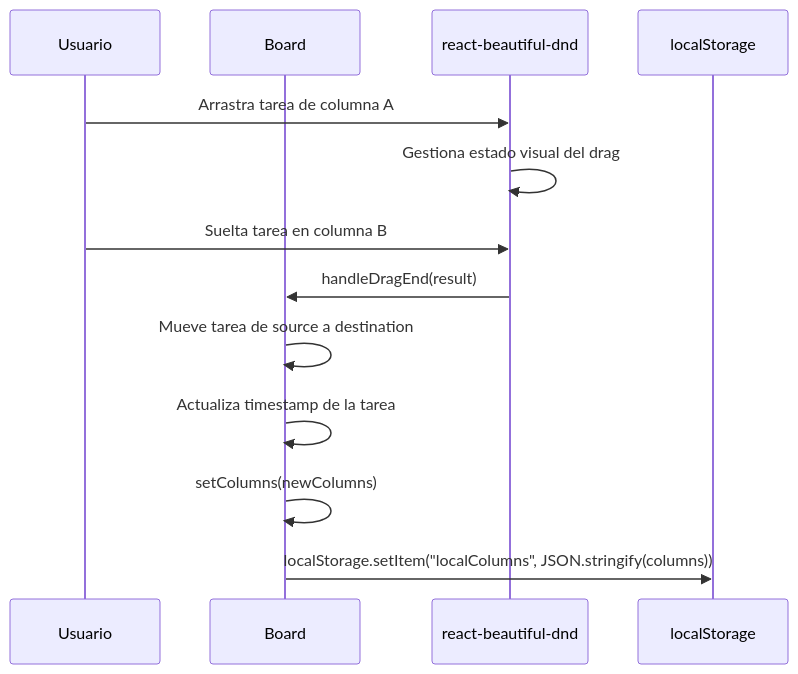
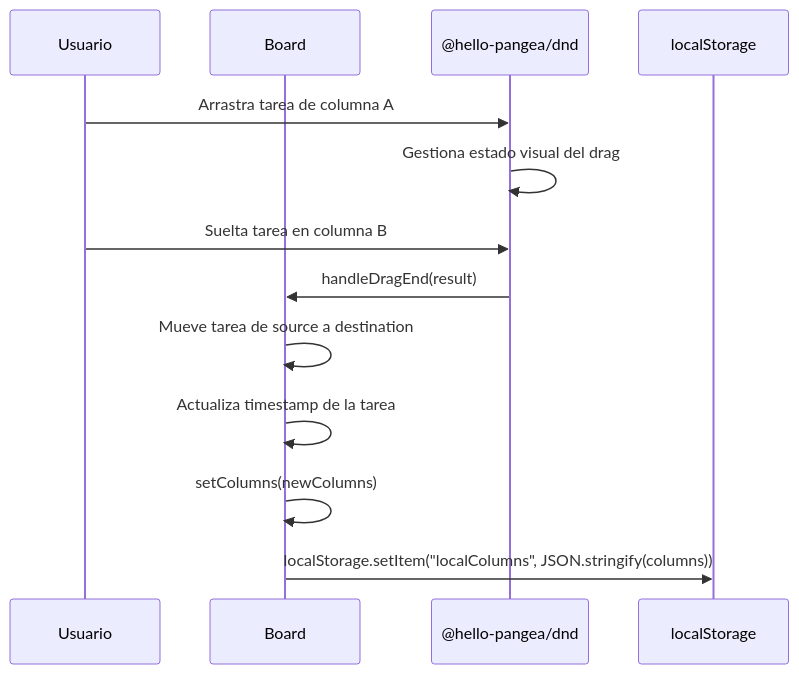
Before and after one commit to jrodrigopuca/KanbanBoard: the second of 3 diagrams in docs/architecture.md, drawn with Mermaid. The commit also changed other lines of this file and 25 other files, not shown here.

````diff
--- a/docs/architecture.md
+++ b/docs/architecture.md
@@ -65,16 +67,16 @@
 ```mermaid
 sequenceDiagram
     participant U as Usuario
     participant B as Board
-    participant DND as react-beautiful-dnd
+    participant DND as @hello-pangea/dnd
     participant LS as localStorage
 
     U->>DND: Arrastra tarea de columna A
     DND->>DND: Gestiona estado visual del drag
     U->>DND: Suelta tarea en columna B
     DND->>B: handleDragEnd(result)
     B->>B: Mueve tarea de source a destination
     B->>B: Actualiza timestamp de la tarea
     B->>B: setColumns(newColumns)
     B->>LS: localStorage.setItem("localColumns", JSON.stringify(columns))
 ```
````
